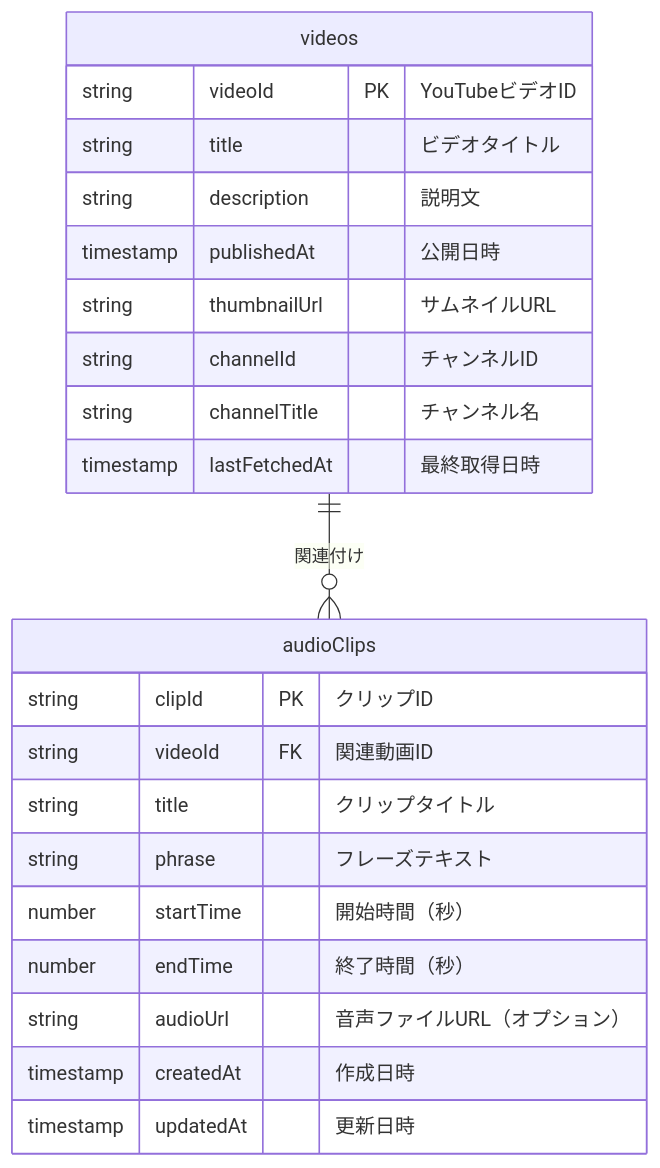
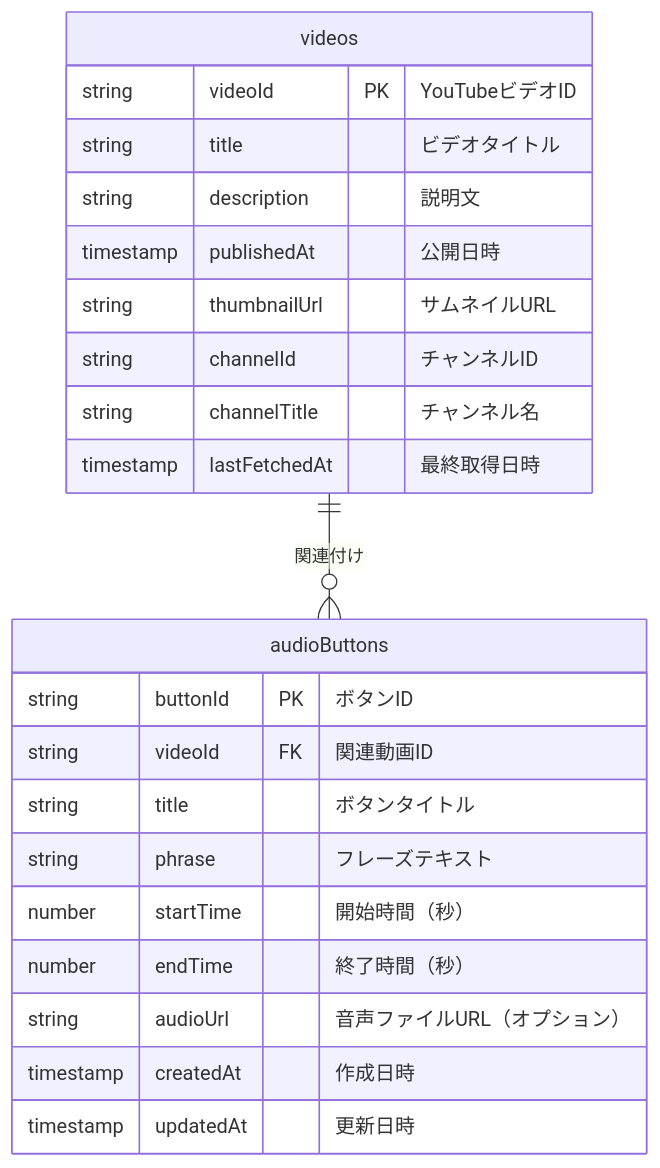
One commit to nothink-jp/suzumina.click changed the first of 3 diagrams in docs/VIDEO_PAGE_PLAN.md. Above: the diagram before and after it, drawn with Mermaid. The commit also changed other lines of this file and 10 other files, not shown here.

````diff
--- a/docs/VIDEO_PAGE_PLAN.md
+++ b/docs/VIDEO_PAGE_PLAN.md
@@ -30,27 +30,27 @@
 ```mermaid
 erDiagram
-    videos ||--o{ audioClips : "関連付け"
+    videos ||--o{ audioButtons : "関連付け"
 
     videos {
         string videoId PK "YouTubeビデオID"
         string title "ビデオタイトル"
         string description "説明文"
         timestamp publishedAt "公開日時"
         string thumbnailUrl "サムネイルURL"
         string channelId "チャンネルID"
         string channelTitle "チャンネル名"
         timestamp lastFetchedAt "最終取得日時"
     }
 
-    audioClips {
-        string clipId PK "クリップID"
+    audioButtons {
+        string buttonId PK "ボタンID"
         string videoId FK "関連動画ID"
-        string title "クリップタイトル"
+        string title "ボタンタイトル"
         string phrase "フレーズテキスト"
         number startTime "開始時間（秒）"
         number endTime "終了時間（秒）"
         string audioUrl "音声ファイルURL（オプション）"
         timestamp createdAt "作成日時"
         timestamp updatedAt "更新日時"
     }
 ```
````
